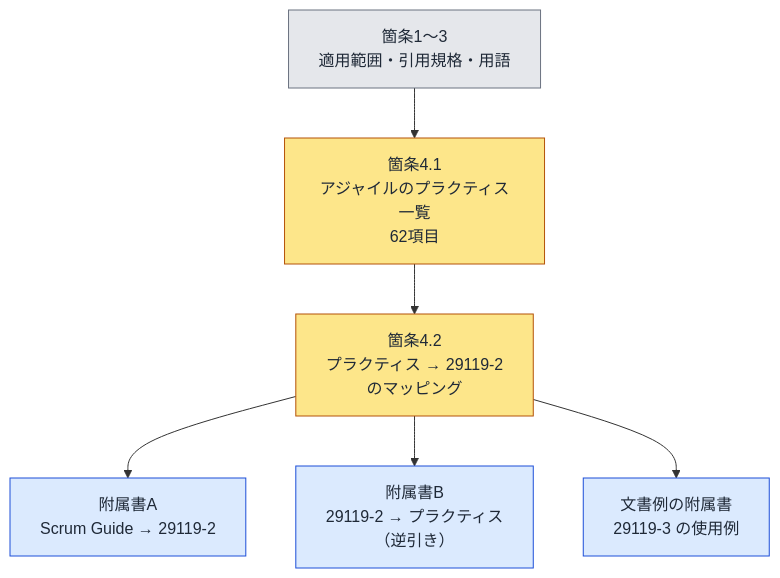
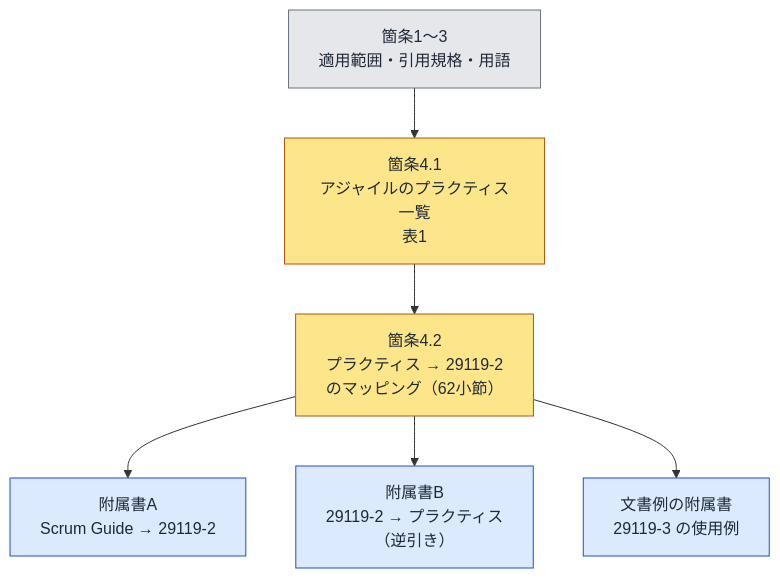
Before and after one commit to myoshi2891/Quality-Assurance-Studies: the third of 10 diagrams in Iso-iec-tr-29119-6-agile-guide.md, drawn with Mermaid. The commit also changed other lines of this file and 2 other files, not shown here.

````diff
--- a/Iso-iec-tr-29119-6-agile-guide.md
+++ b/Iso-iec-tr-29119-6-agile-guide.md
@@ -161,21 +161,21 @@
 ```mermaid
 flowchart TB
     DS1["箇条1〜3<br/>適用範囲・引用規格・用語"]
-    DS2["箇条4.1<br/>アジャイルのプラクティス一覧<br/>62項目"]
-    DS3["箇条4.2<br/>プラクティス → 29119-2<br/>のマッピング"]
+    DS2["箇条4.1<br/>アジャイルのプラクティス一覧<br/>表1"]
+    DS3["箇条4.2<br/>プラクティス → 29119-2<br/>のマッピング（62小節）"]
     DS4["附属書A<br/>Scrum Guide → 29119-2"]
     DS5["附属書B<br/>29119-2 → プラクティス<br/>（逆引き）"]
     DS6["文書例の附属書<br/>29119-3 の使用例"]
     DS1 --> DS2
     DS2 --> DS3
     DS3 --> DS4
     DS3 --> DS5
     DS3 --> DS6
 
     classDef intro fill:#e5e7eb,stroke:#6b7280,color:#1f2937
     classDef core fill:#fde68a,stroke:#b45309,color:#1f2937
     classDef annex fill:#dbeafe,stroke:#1d4ed8,color:#1f2937
     class DS1 intro
     class DS2,DS3 core
     class DS4,DS5,DS6 annex
 ```
````
